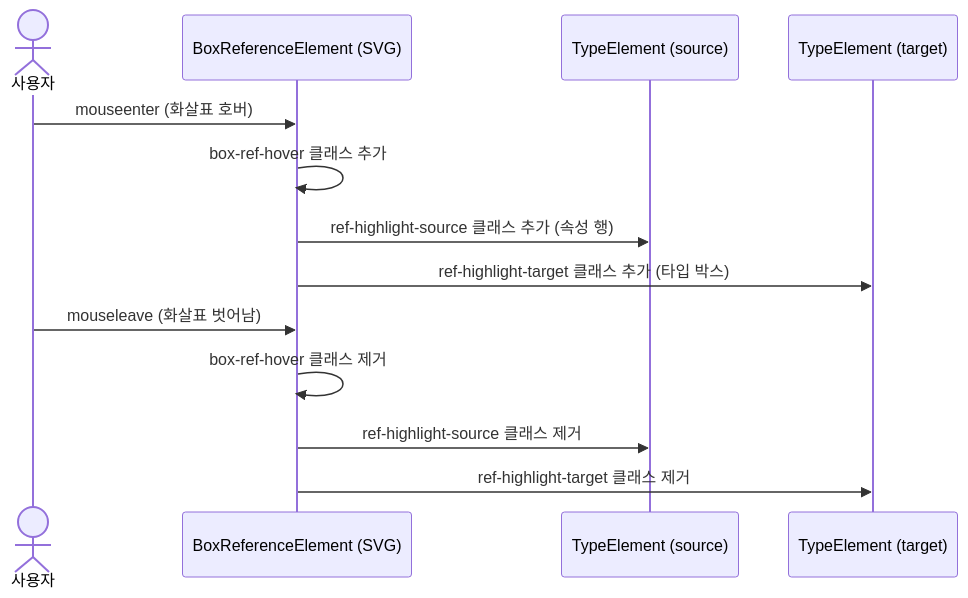
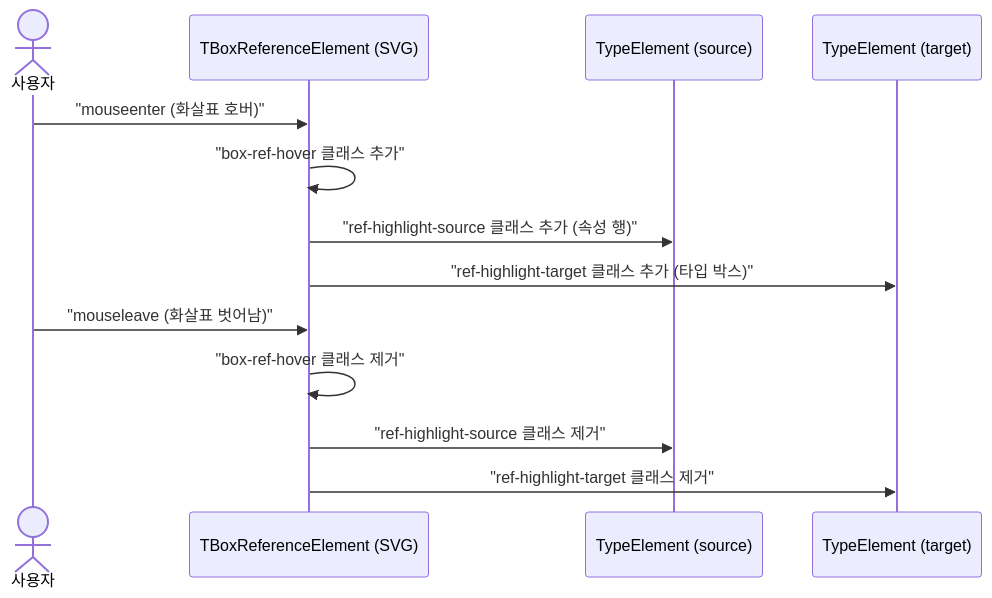
Before and after one commit to sayaya1090/handbook: diagram 13 of 13 in type-ui/USECASE.md, drawn with Mermaid. The commit also changed other lines of this file and 22 other files, not shown here.

First line of the commit message:
docs: Mermaid 다이어그램 렌더링 오류 수정을 위한 구문 전수 교정

````diff
--- a/type-ui/USECASE.md
+++ b/type-ui/USECASE.md
@@ -534,17 +534,17 @@
 ```mermaid
 sequenceDiagram
     actor User as 사용자
-    participant Arrow as BoxReferenceElement (SVG)
+    participant Arrow as TBoxReferenceElement (SVG)
     participant Source as TypeElement (source)
     participant Target as TypeElement (target)
 
-    User->>Arrow: mouseenter (화살표 호버)
-    Arrow->>Arrow: box-ref-hover 클래스 추가
-    Arrow->>Source: ref-highlight-source 클래스 추가 (속성 행)
-    Arrow->>Target: ref-highlight-target 클래스 추가 (타입 박스)
+    User->>Arrow: "mouseenter (화살표 호버)"
+    Arrow->>Arrow: "box-ref-hover 클래스 추가"
+    Arrow->>Source: "ref-highlight-source 클래스 추가 (속성 행)"
+    Arrow->>Target: "ref-highlight-target 클래스 추가 (타입 박스)"
 
-    User->>Arrow: mouseleave (화살표 벗어남)
-    Arrow->>Arrow: box-ref-hover 클래스 제거
-    Arrow->>Source: ref-highlight-source 클래스 제거
-    Arrow->>Target: ref-highlight-target 클래스 제거
+    User->>Arrow: "mouseleave (화살표 벗어남)"
+    Arrow->>Arrow: "box-ref-hover 클래스 제거"
+    Arrow->>Source: "ref-highlight-source 클래스 제거"
+    Arrow->>Target: "ref-highlight-target 클래스 제거"
 ```
````
